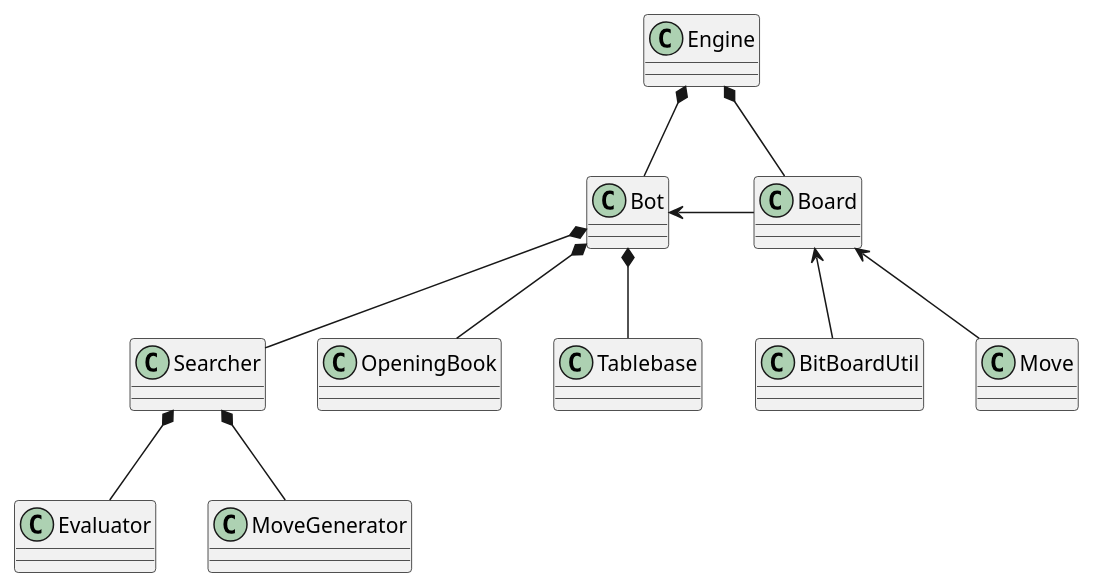
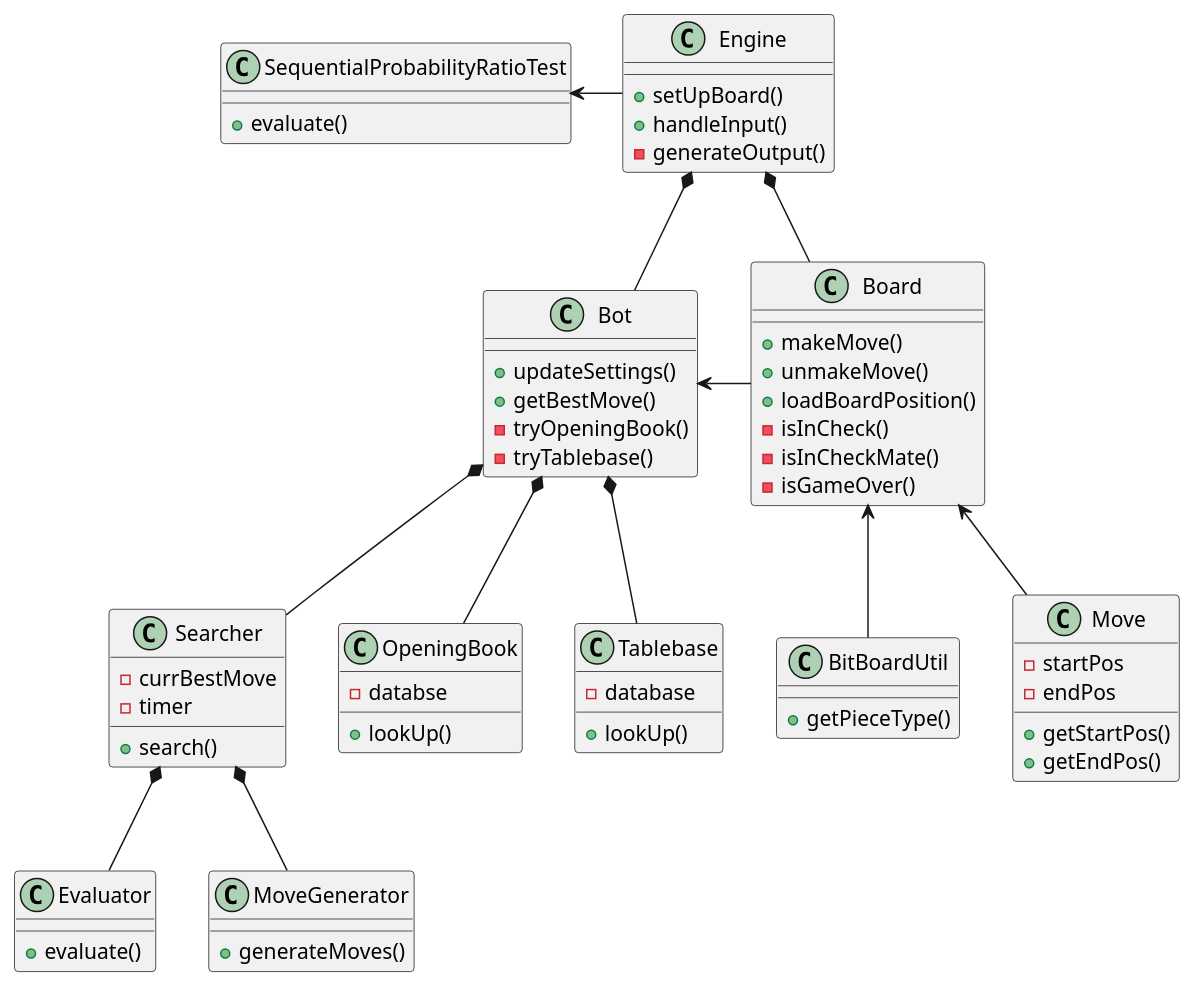
The diagram in docs/diagrams/overview.puml (Toby267/ChessEngine), drawn with PlantUML before and after one commit.

Commit message:
Added surface level attributes and methods to each class

```diff
--- a/docs/diagrams/overview.puml
+++ b/docs/diagrams/overview.puml
@@ -1,33 +1,73 @@
 @startuml overview
 
-class Engine
-class Bot
+class Engine {
+    +setUpBoard()
+    +handleInput()
+    -generateOutput()
+}
 
-class Board
-class BitBoardUtil
-class Move
+class SequentialProbabilityRatioTest {
+    +evaluate()
+}
+class Bot {
+    +updateSettings()
+    +getBestMove()
+    -tryOpeningBook()
+    -tryTablebase()
+}
+class Board {
+    +makeMove()
+    +unmakeMove()
+    +loadBoardPosition()
+    -isInCheck()
+    -isInCheckMate()
+    -isGameOver()
+}
 
-class Searcher
-Class Evaluator
-class MoveGenerator
+class BitBoardUtil {
+    +getPieceType()
+}
+class Move {
+    -startPos
+    -endPos
+    +getStartPos()
+    +getEndPos()
+}
 
-class OpeningBook
-class Tablebase
+class Searcher {
+    -currBestMove
+    -timer
+    +search()
+}
+Class Evaluator {
+    +evaluate()
+}
+class MoveGenerator {
+    +generateMoves()
+}
 
+class OpeningBook {
+    -databse
+    +lookUp()
+}
+class Tablebase {
+    -database
+    +lookUp()
+}
+
+SequentialProbabilityRatioTest <-right- Engine
 Engine *-- Board
 Engine *-- Bot
 
 Board <-- BitBoardUtil
 Board <-- Move
 
 Bot *-- OpeningBook
 Bot *-- Tablebase
 Bot *-- Searcher
+Bot <-right- Board
 
 Searcher *-- Evaluator
 Searcher *-- MoveGenerator
 
-Bot <-right- Board
-
-
 @enduml
```
